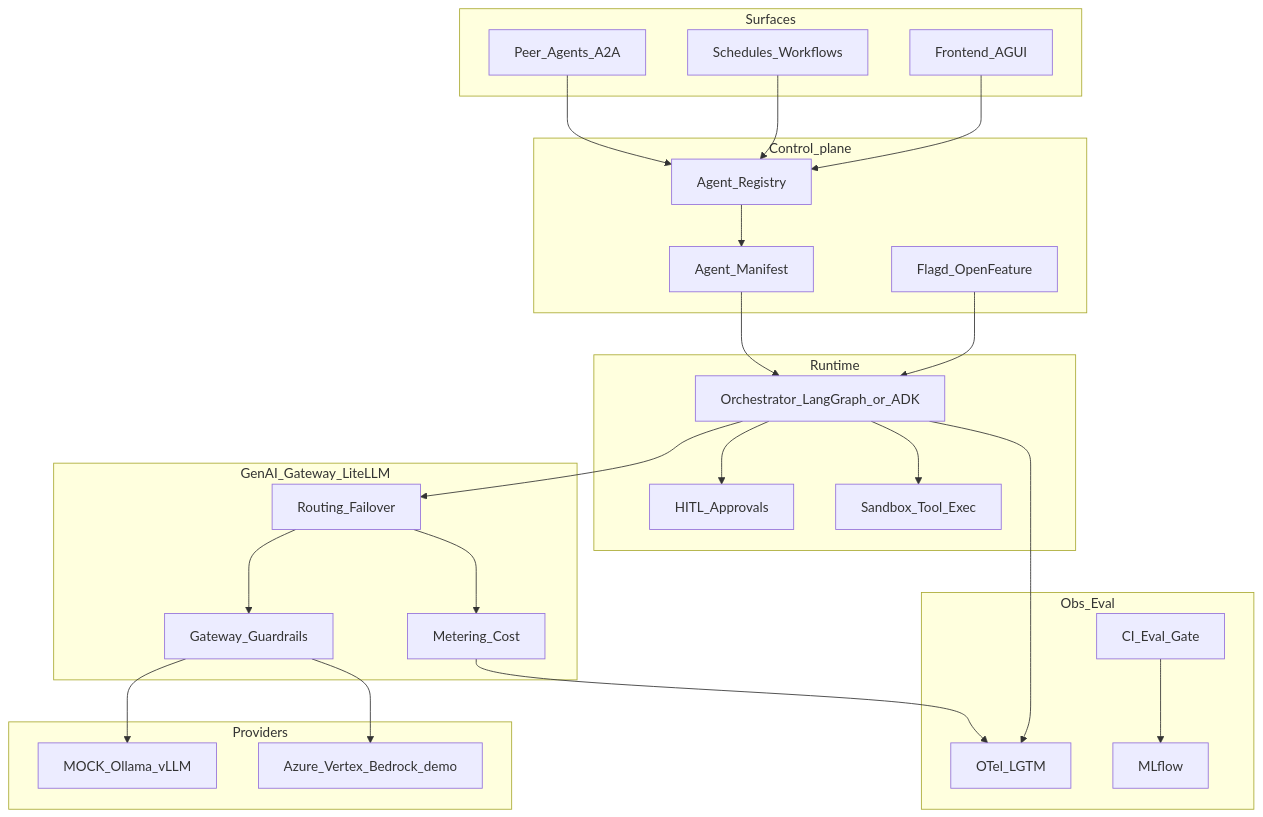
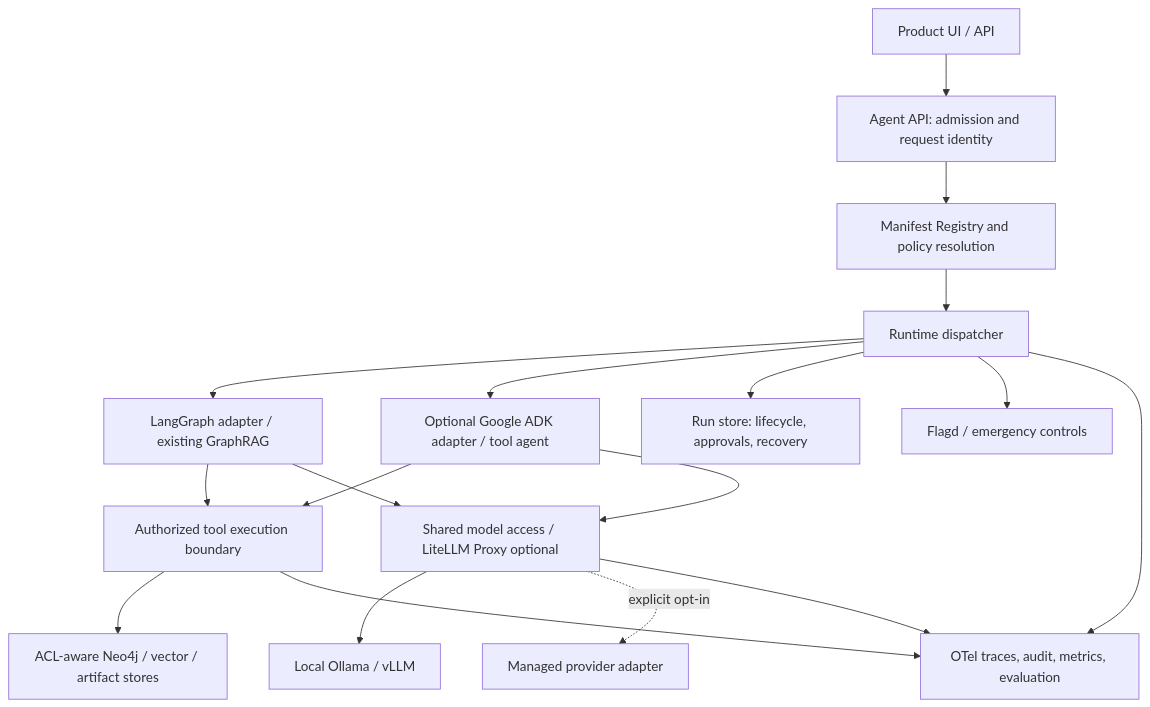
One commit to YuesIt17/yuit-docs-ai-architect-platform changed the diagram in docs/agent-platform/roadmap.md. Above: the diagram before and after it, drawn with Mermaid. The commit also changed other lines of this file, not shown here.

Commit message:
docs: prioritize reusable agent platform foundations and optional ADK runtime

````diff
--- a/docs/agent-platform/roadmap.md
+++ b/docs/agent-platform/roadmap.md
@@ -37,54 +43,23 @@
 ```mermaid
 flowchart TB
-  subgraph surfaces [Surfaces]
-    UI[Frontend_AGUI]
-    Sched[Schedules_Workflows]
-    Peer[Peer_Agents_A2A]
-  end
+  Surf[Product UI / API] --> Admission[Agent API: admission and request identity]
+  Admission --> Reg[Manifest Registry and policy resolution]
+  Reg --> Dispatch[Runtime dispatcher]
 
-  subgraph control [Control_plane]
-    Reg[Agent_Registry]
-    Flags[Flagd_OpenFeature]
-    Manifest[Agent_Manifest]
-  end
+  Dispatch --> LG[LangGraph adapter / existing GraphRAG]
+  Dispatch --> ADK[Optional Google ADK adapter / tool agent]
 
-  subgraph runtime [Runtime]
-    Orch[Orchestrator_LangGraph_or_ADK]
-    HITL[HITL_Approvals]
-    Sandbox[Sandbox_Tool_Exec]
-  end
+  LG --> Tool[Authorized tool execution boundary]
+  ADK --> Tool
+  LG --> Gateway[Shared model access / LiteLLM Proxy optional]
+  ADK --> Gateway
+  Gateway --> Local[Local Ollama / vLLM]
+  Gateway -. explicit opt-in .-> Cloud[Managed provider adapter]
 
-  subgraph gateway [GenAI_Gateway_LiteLLM]
-    Route[Routing_Failover]
-    Meter[Metering_Cost]
-    Guard[Gateway_Guardrails]
-  end
-
-  subgraph providers [Providers]
-    Local[MOCK_Ollama_vLLM]
-    Cloud[Azure_Vertex_Bedrock_demo]
-  end
-
-  subgraph obs [Obs_Eval]
-    OTel[OTel_LGTM]
-    MLF[MLflow]
-    Eval[CI_Eval_Gate]
-  end
-
-  UI --> Reg
-  Sched --> Reg
-  Peer --> Reg
-  Reg --> Manifest
-  Flags --> Orch
-  Manifest --> Orch
-  Orch --> HITL
-  Orch --> Sandbox
-  Orch --> Route
-  Route --> Guard
-  Guard --> Local
-  Guard --> Cloud
-  Orch --> OTel
-  Route --> Meter
-  Meter --> OTel
-  Eval --> MLF
+  Tool --> KB[ACL-aware Neo4j / vector / artifact stores]
+  Dispatch --> Runs[Run store: lifecycle, approvals, recovery]
+  Dispatch --> Controls[Flagd / emergency controls]
+  Dispatch --> Obs[OTel traces, audit, metrics, evaluation]
+  Tool --> Obs
+  Gateway --> Obs
 ```
````
